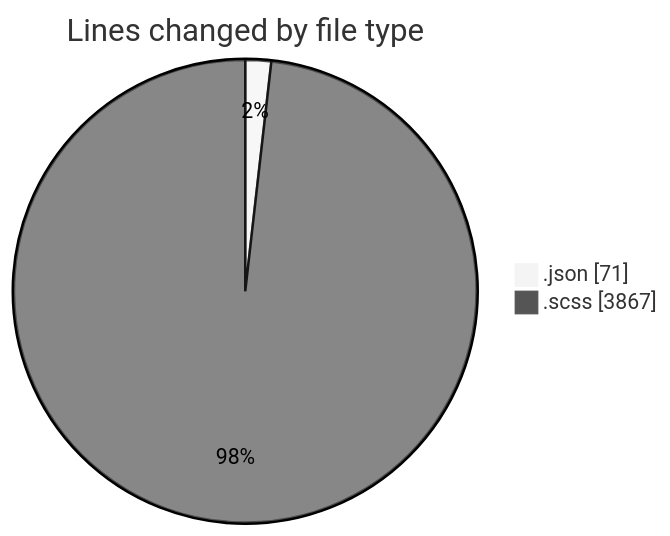
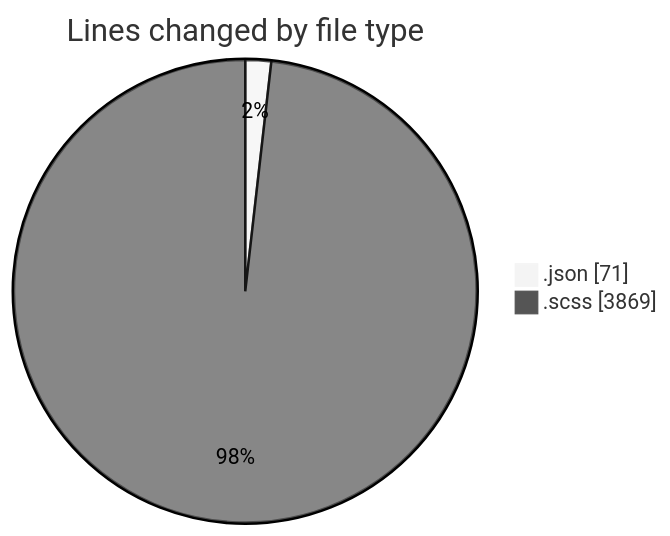
Before and after one commit to momahboobian/code-tracking: the first of 2 diagrams in 2026-01-22/cda/README.md, drawn with Mermaid (neutral theme). The commit also changed other lines of this file and 1 other file, not shown here.

````diff
--- a/2026-01-22/cda/README.md
+++ b/2026-01-22/cda/README.md
@@ -50,6 +50,6 @@
 ```mermaid
 pie showData
 title Lines changed by file type
 ".json" : 71
-".scss" : 3867
+".scss" : 3869
 ```
````
